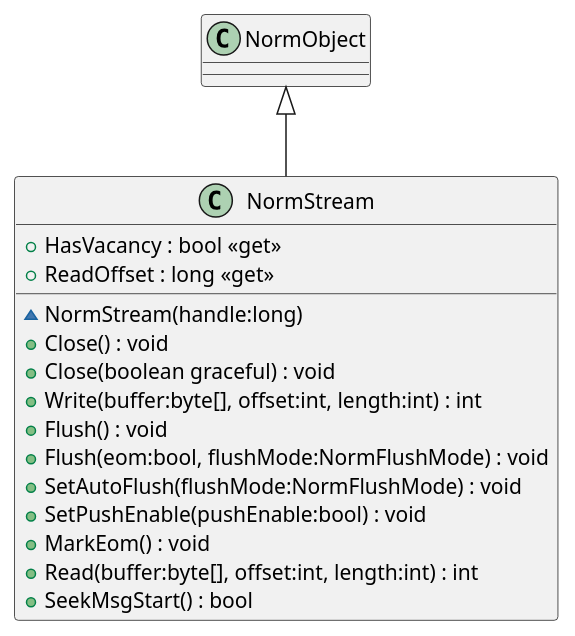
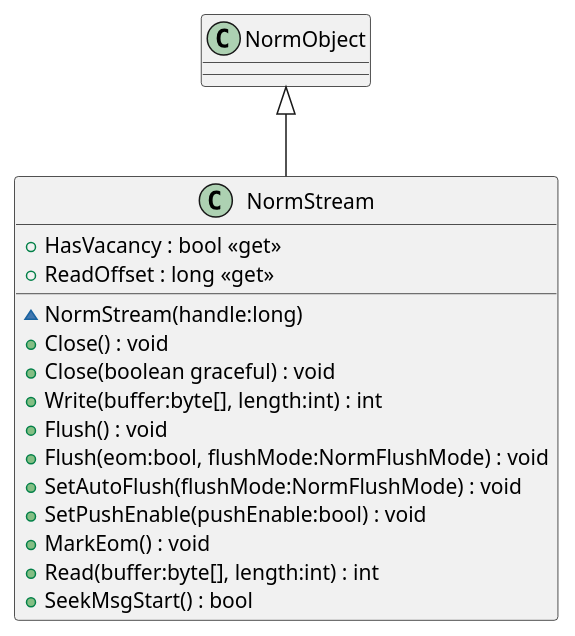
The diagram in src/dotnet/design/Mil/Navy/Nrl/Norm/NormStream.puml (mullerj/norm), drawn with PlantUML before and after one commit.

Commit message:
Updated design of NormStream

```diff
--- a/src/dotnet/design/Mil/Navy/Nrl/Norm/NormStream.puml
+++ b/src/dotnet/design/Mil/Navy/Nrl/Norm/NormStream.puml
@@ -1,18 +1,18 @@
 @startuml
 class NormStream {
     ~ NormStream(handle:long)
     + Close() : void
     + Close(boolean graceful) : void
-    + Write(buffer:byte[], offset:int, length:int) : int
+    + Write(buffer:byte[], length:int) : int
     + Flush() : void
     + Flush(eom:bool, flushMode:NormFlushMode) : void
     + SetAutoFlush(flushMode:NormFlushMode) : void
     + SetPushEnable(pushEnable:bool) : void
     + HasVacancy : bool <<get>>
     + MarkEom() : void
-    + Read(buffer:byte[], offset:int, length:int) : int
+    + Read(buffer:byte[], length:int) : int
     + SeekMsgStart() : bool
     + ReadOffset : long <<get>>
 }
 NormObject <|-- NormStream
 @enduml
```
